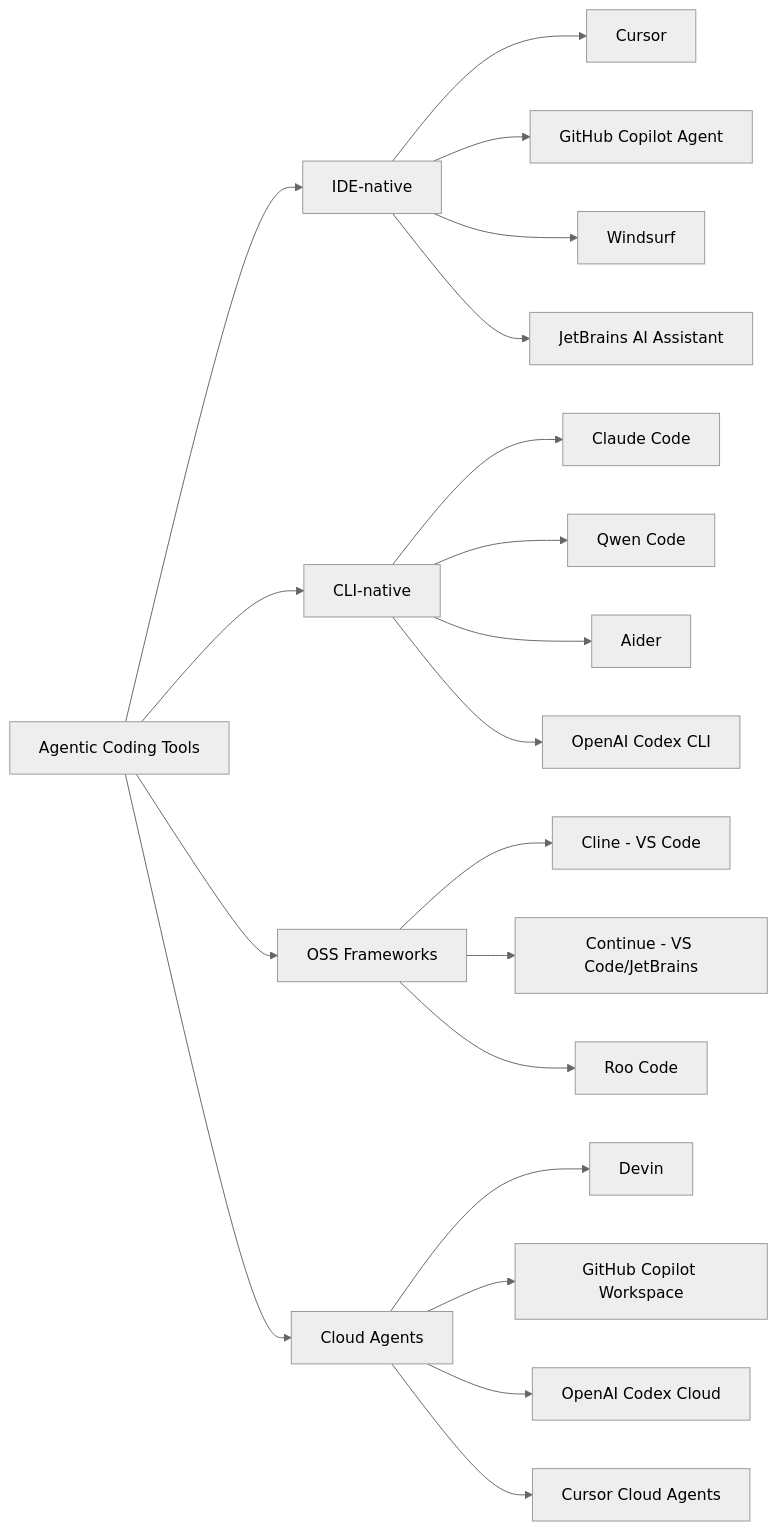
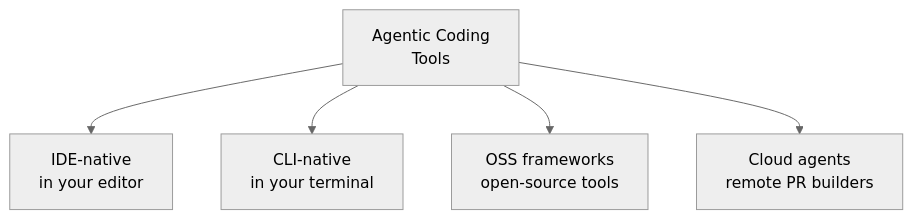
Before and after one commit to Isfhan/learn-agentic-coding: the first of 2 diagrams in steps/03-ai-coding-tools.md, drawn with Mermaid (neutral theme). The commit also changed other lines of this file and 25 other files, not shown here.

````diff
--- a/steps/03-ai-coding-tools.md
+++ b/steps/03-ai-coding-tools.md
@@ -20,26 +20,7 @@
 ```mermaid
-flowchart LR
-    A[Agentic Coding Tools] --> B[IDE-native]
-    A --> C[CLI-native]
-    A --> D[OSS Frameworks]
-    A --> E[Cloud Agents]
-
-    B --> B1[Cursor]
-    B --> B2[GitHub Copilot Agent]
-    B --> B3[Windsurf]
-    B --> B4[JetBrains AI Assistant]
-
-    C --> C1[Claude Code]
-    C --> C2[Qwen Code]
-    C --> C3[Aider]
-    C --> C4[OpenAI Codex CLI]
-
-    D --> D1[Cline - VS Code]
-    D --> D2[Continue - VS Code/JetBrains]
-    D --> D3[Roo Code]
-
-    E --> E1[Devin]
-    E --> E2[GitHub Copilot Workspace]
-    E --> E3[OpenAI Codex Cloud]
-    E --> E4[Cursor Cloud Agents]
+flowchart TD
+    A[Agentic Coding<br/>Tools] --> B[IDE-native<br/>in your editor]
+    A --> C[CLI-native<br/>in your terminal]
+    A --> D[OSS frameworks<br/>open-source tools]
+    A --> E[Cloud agents<br/>remote PR builders]
 ```
````
